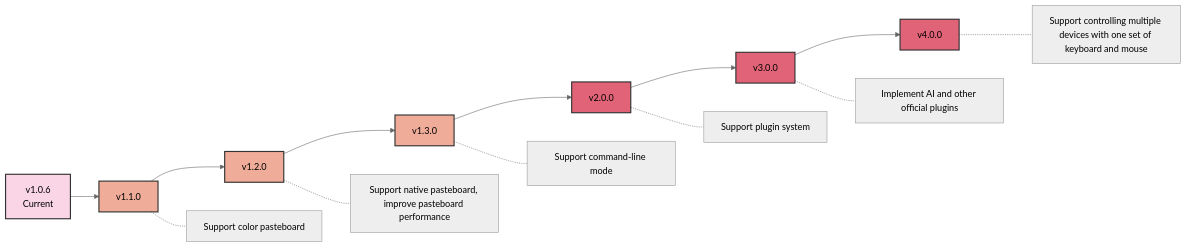
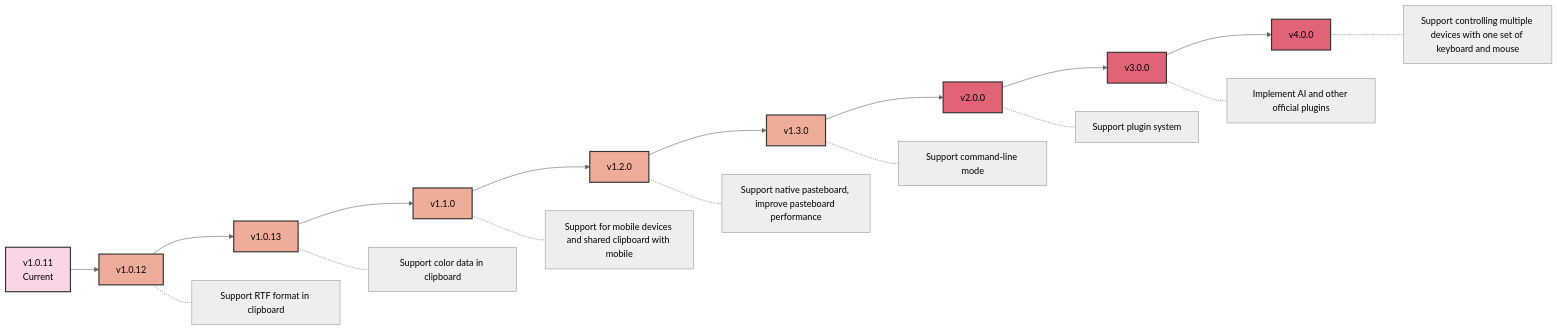
One commit to CrossPaste/crosspaste-desktop changed the diagram in doc/en/Roadmap.md. Above: the diagram before and after it, drawn with Mermaid (neutral theme). The commit also changed 3 other files, not shown here.

Commit message:
:memo: Update the current roadmap

````diff
--- a/doc/en/Roadmap.md
+++ b/doc/en/Roadmap.md
@@ -5,23 +5,27 @@
 ```mermaid
 graph LR
-    A[v1.0.6<br/>Current] --> B[v1.1.0]
+    A[v1.0.11<br/>Current] --> AA[v1.0.12]
+    AA --> AB[v1.0.13]
+    AB --> B[v1.1.0]
     B --> C[v1.2.0]
     C --> D[v1.3.0]
     D --> E[v2.0.0]
     E --> F[v3.0.0]
     F --> G[v4.0.0]
 
-    B -.- B1[Support color pasteboard]
+    AA -.- AA1[Support RTF format in clipboard]
+    AB -.- AB1[Support color data in clipboard]
+    B -.- B1[Support for mobile devices and shared clipboard with mobile]
     C -.- C1[Support native pasteboard, improve pasteboard performance]
     D -.- D1[Support command-line mode]
     E -.- E1[Support plugin system]
     F -.- F1[Implement AI and other official plugins]
     G -.- G2[Support controlling multiple devices with one set of keyboard and mouse]
 
     classDef current fill:#f9d5e5,stroke:#333,stroke-width:2px
     classDef minor fill:#eeac99,stroke:#333,stroke-width:2px
     classDef major fill:#e06377,stroke:#333,stroke-width:2px
     class A current
-    class B,C,D minor
+    class AA,AB,B,C,D minor
     class E,F,G major
 ```
````
